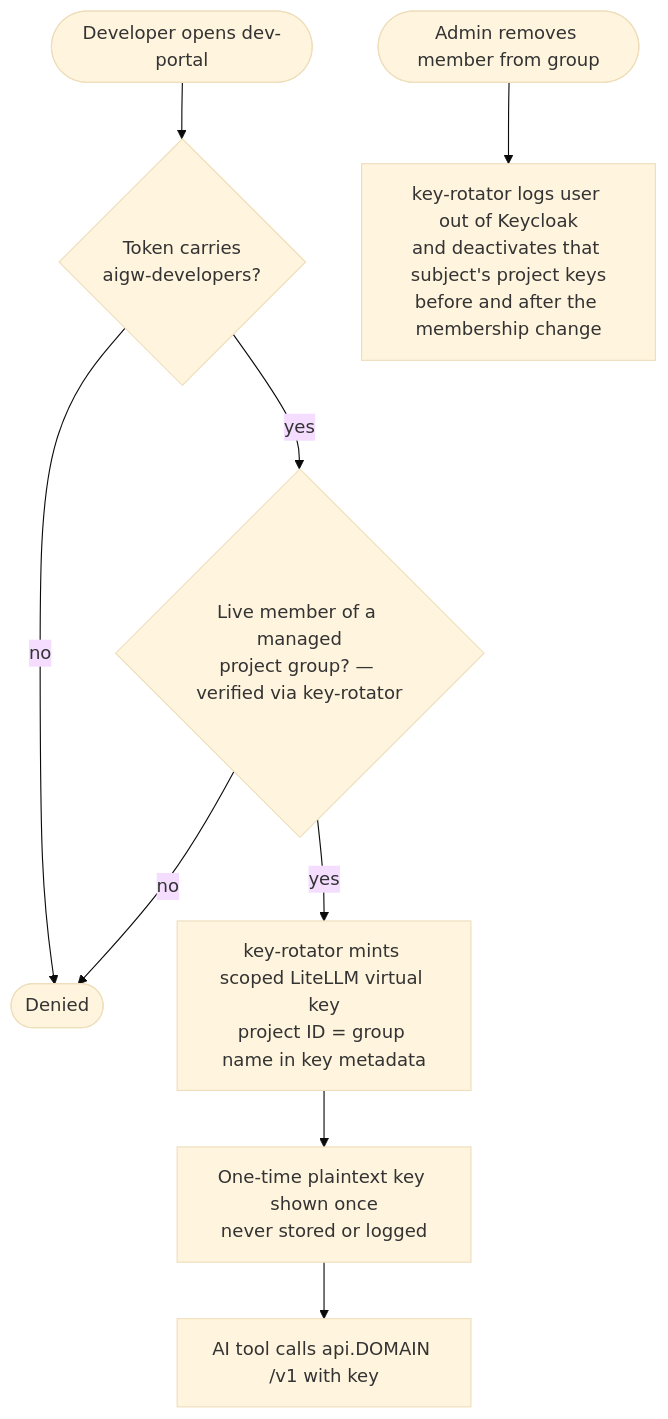
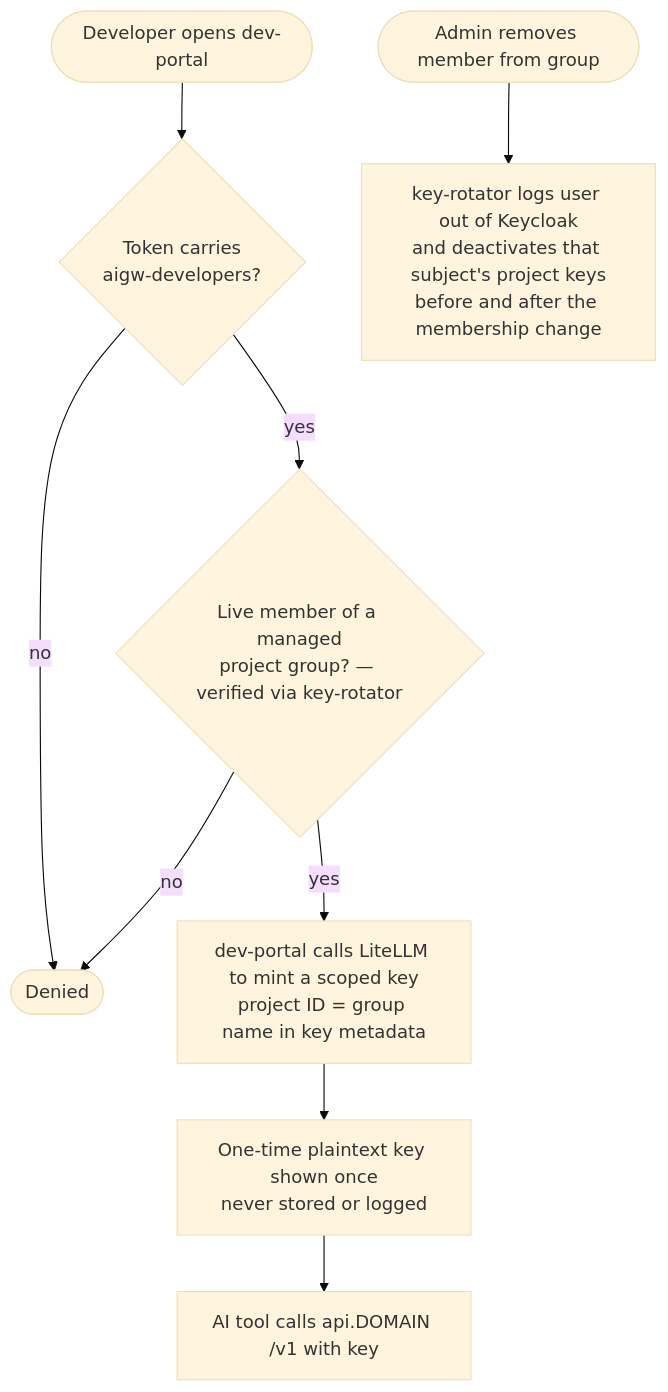
The sixth of 14 diagrams in docs/architecture-diagrams.md (derhornspieler/ai-gateway), drawn with Mermaid (base theme) before and after one commit. The commit also changed other lines of this file, not shown here.

Commit message:
docs(diagrams): align all architecture flows

````diff
--- a/docs/architecture-diagrams.md
+++ b/docs/architecture-diagrams.md
@@ -221,11 +226,11 @@
 ```mermaid
 flowchart TD
   S([Developer opens dev-portal]) --> AUTHZ{Token carries<br/>aigw-developers?}
   AUTHZ -- no --> DENY([Denied])
   AUTHZ -- yes --> PROJ{Live member of a managed<br/>project group? — verified via key-rotator}
   PROJ -- no --> DENY
-  PROJ -- yes --> MINT[key-rotator mints scoped LiteLLM virtual key<br/>project ID = group name in key metadata]
+  PROJ -- yes --> MINT[dev-portal calls LiteLLM to mint a scoped key<br/>project ID = group name in key metadata]
   MINT --> SHOW[One-time plaintext key shown once<br/>never stored or logged]
   SHOW --> USE[AI tool calls api.DOMAIN /v1 with key]
   REM([Admin removes member from group]) --> KILL[key-rotator logs user out of Keycloak<br/>and deactivates that subject's project keys<br/>before and after the membership change]
 ```
````
